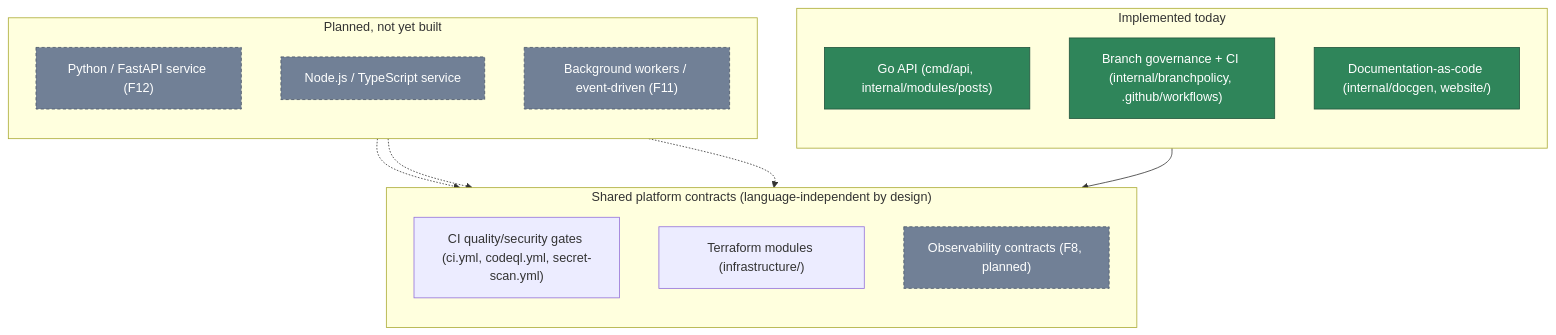
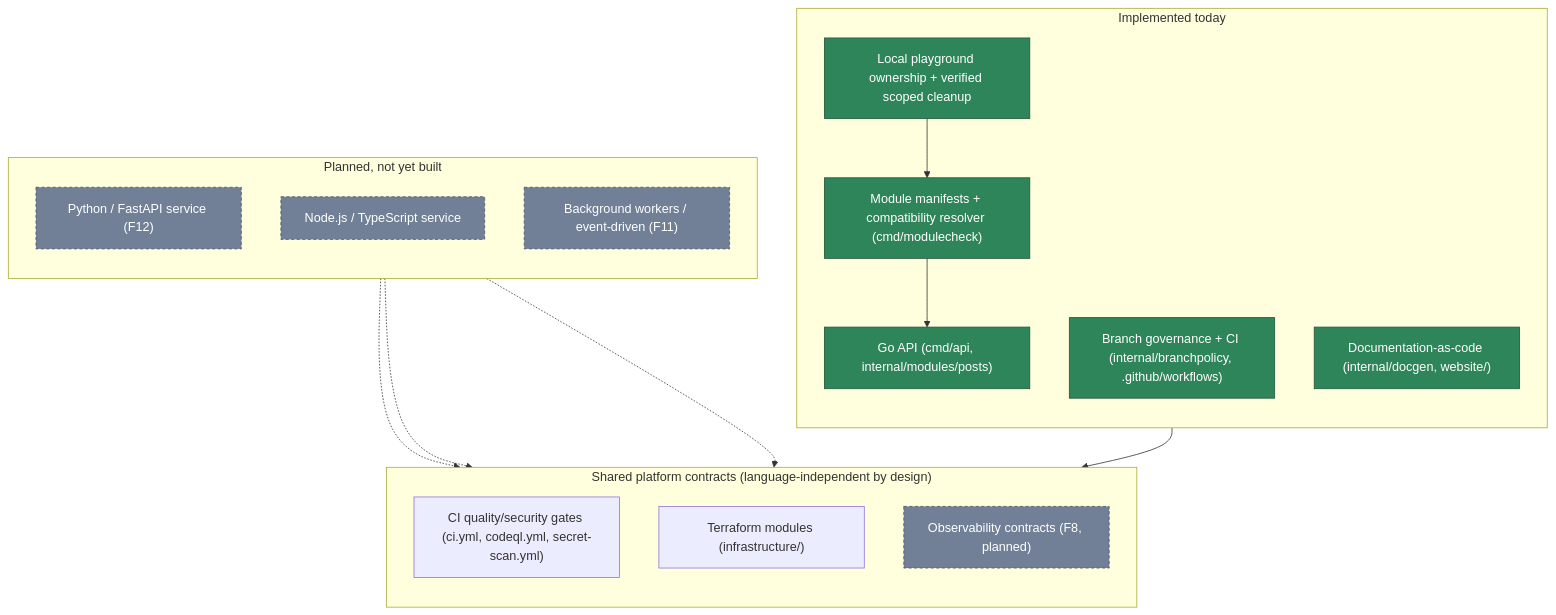
Before and after one commit to mangopep/forgestack: the first of 2 diagrams in docs/architecture/PLATFORM-OVERVIEW.md, drawn with Mermaid. The commit also changed other lines of this file and 20 other files, not shown here.

First line of the commit message:
feat(f6): module contracts, playground lifecycle, and Terraform foundation

````diff
--- a/docs/architecture/PLATFORM-OVERVIEW.md
+++ b/docs/architecture/PLATFORM-OVERVIEW.md
@@ -14,31 +14,35 @@
 ```mermaid
 flowchart TB
     subgraph impl["Implemented today"]
         direction TB
         Go["Go API (cmd/api, internal/modules/posts)"]
         Gov["Branch governance + CI (internal/branchpolicy, .github/workflows)"]
         Docs["Documentation-as-code (internal/docgen, website/)"]
+        Compose["Module manifests + compatibility resolver (cmd/modulecheck)"]
+        Playground["Local playground ownership + verified scoped cleanup"]
     end
     subgraph planned["Planned, not yet built"]
         direction TB
         Py["Python / FastAPI service (F12)"]
         Node["Node.js / TypeScript service"]
         Workers["Background workers / event-driven (F11)"]
     end
     subgraph shared["Shared platform contracts (language-independent by design)"]
         direction TB
         CI["CI quality/security gates (ci.yml, codeql.yml, secret-scan.yml)"]
         Infra["Terraform modules (infrastructure/)"]
         Obs["Observability contracts (F8, planned)"]
     end
 
     Go --> shared
+    Compose --> Go
+    Playground --> Compose
     Py -.-> shared
     Node -.-> shared
     Workers -.-> shared
 
     classDef done fill:#2f855a,color:#fff,stroke:#22543d
     classDef todo fill:#718096,color:#fff,stroke:#4a5568,stroke-dasharray: 4 3
-    class Go,Gov,Docs done
+    class Go,Gov,Docs,Compose,Playground done
     class Py,Node,Workers,Obs todo
 ```
````
